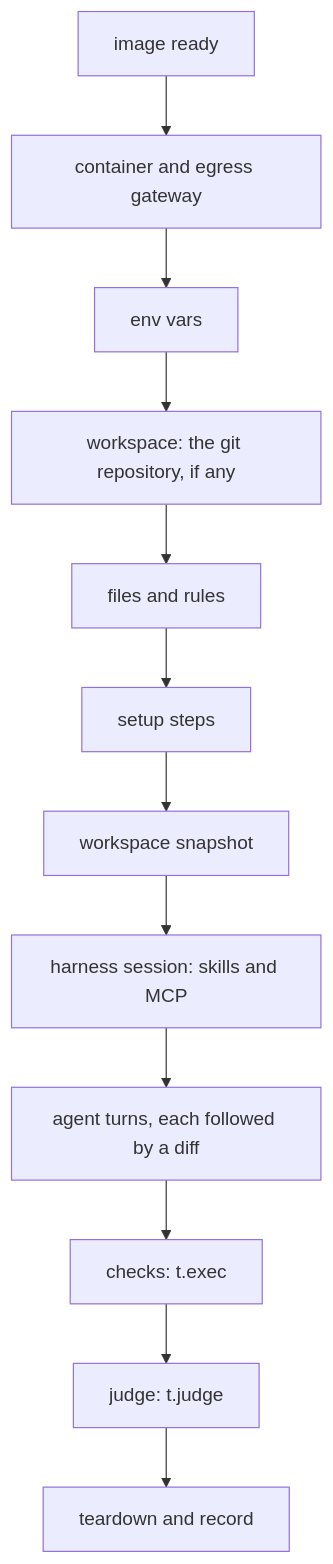
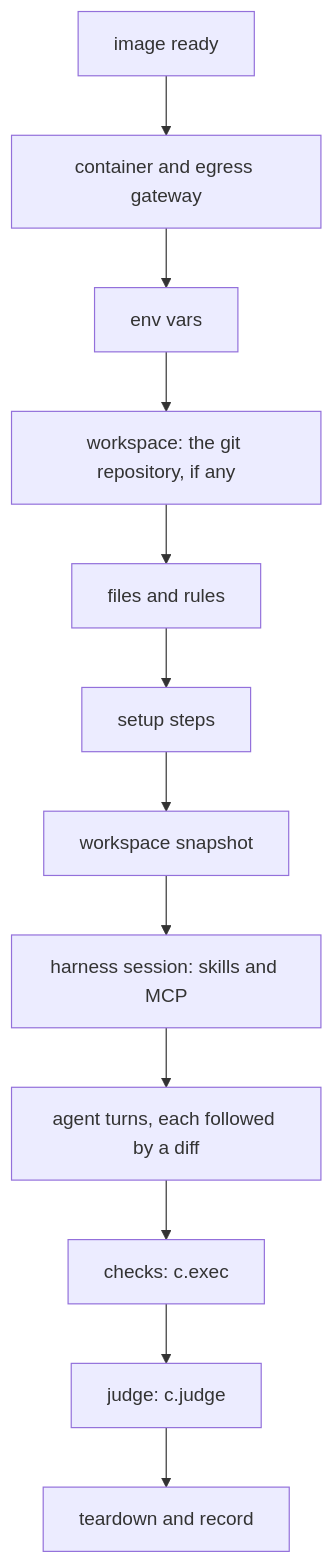
The diagram in docs/concepts/attempt-lifecycle.mdx (invertase/reeval), drawn with Mermaid before and after one commit. The commit also changed other lines of this file and 249 other files, not shown here.

````diff
--- a/docs/concepts/attempt-lifecycle.mdx
+++ b/docs/concepts/attempt-lifecycle.mdx
@@ -8,14 +8,14 @@
 ```mermaid
 flowchart TD
   I[image ready] --> C[container and egress gateway]
   C --> V[env vars]
   V --> W[workspace: the git repository, if any]
   W --> F[files and rules]
   F --> S[setup steps]
   S --> N[workspace snapshot]
   N --> H[harness session: skills and MCP]
   H --> T[agent turns, each followed by a diff]
-  T --> K["checks: t.exec"]
-  K --> J["judge: t.judge"]
+  T --> K["checks: c.exec"]
+  K --> J["judge: c.judge"]
   J --> X[teardown and record]
 ```
````
